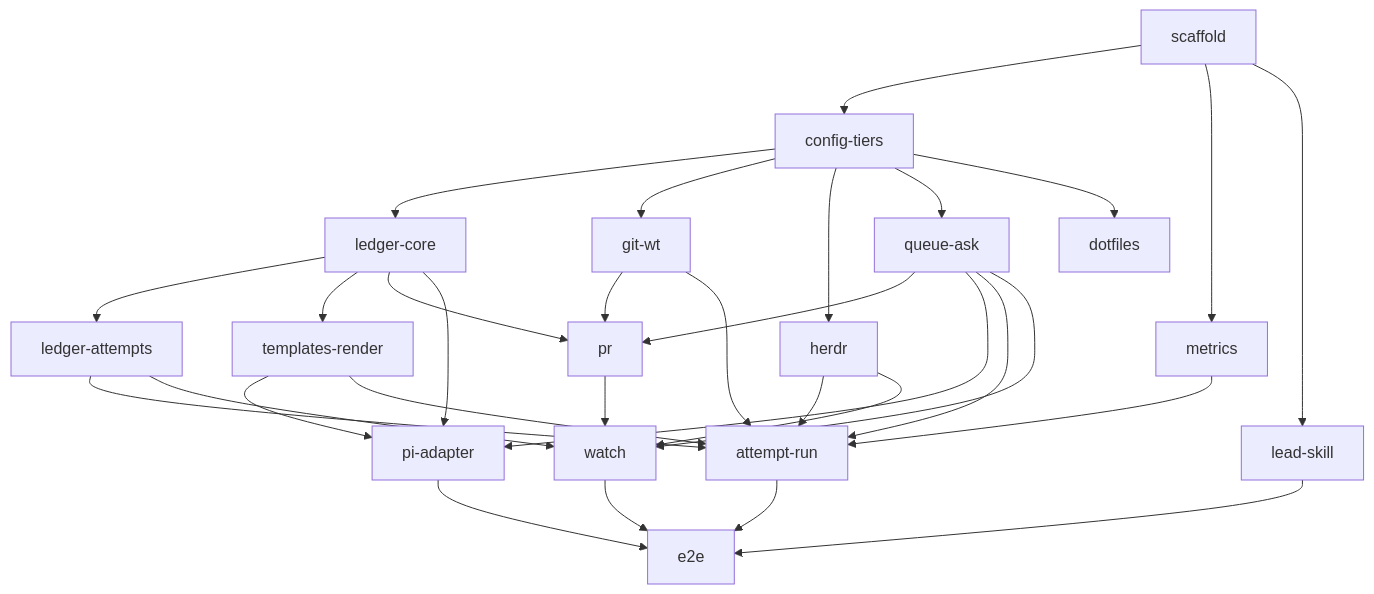
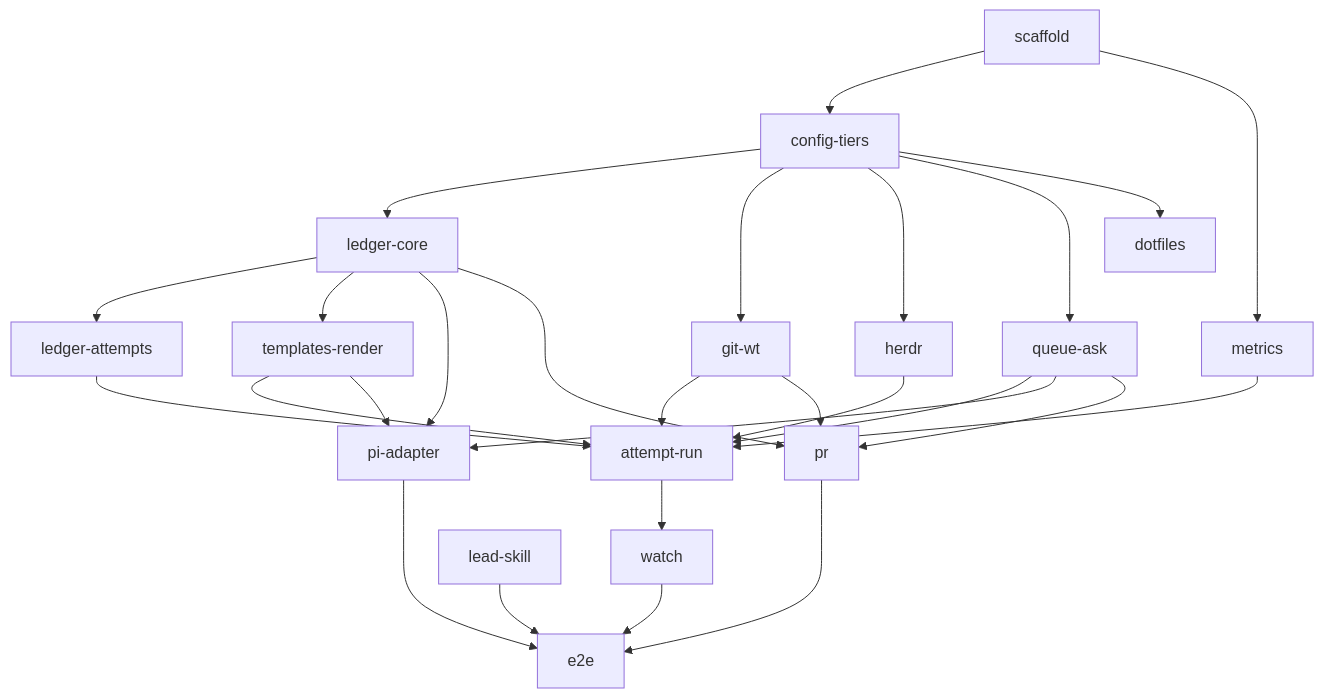
The diagram in docs/plan.md (clayton-duarte/cpd), drawn with Mermaid before and after one commit. The commit also changed other lines of this file and 6 other files, not shown here.

````diff
--- a/docs/plan.md
+++ b/docs/plan.md
@@ -60,33 +63,29 @@
 ```mermaid
 graph TD
   scaffold --> config-tiers
   scaffold --> metrics
-  scaffold --> lead-skill
   config-tiers --> ledger-core
   config-tiers --> git-wt
   config-tiers --> herdr
   config-tiers --> queue-ask
-  config-tiers --> dotfiles
   ledger-core --> ledger-attempts
   ledger-core --> templates-render
-  ledger-core --> pr
-  git-wt --> pr
-  queue-ask --> pr
-  queue-ask --> pi-adapter
-  ledger-core --> pi-adapter
-  templates-render --> pi-adapter
   ledger-attempts --> attempt-run
   git-wt --> attempt-run
   herdr --> attempt-run
   queue-ask --> attempt-run
   metrics --> attempt-run
   templates-render --> attempt-run
-  ledger-attempts --> watch
-  herdr --> watch
-  queue-ask --> watch
-  pr --> watch
-  attempt-run --> e2e
+  attempt-run --> watch
+  queue-ask --> pi-adapter
+  ledger-core --> pi-adapter
+  templates-render --> pi-adapter
+  ledger-core --> pr
+  git-wt --> pr
+  queue-ask --> pr
   watch --> e2e
   pi-adapter --> e2e
   lead-skill --> e2e
+  pr --> e2e
+  config-tiers --> dotfiles
 ```
````
